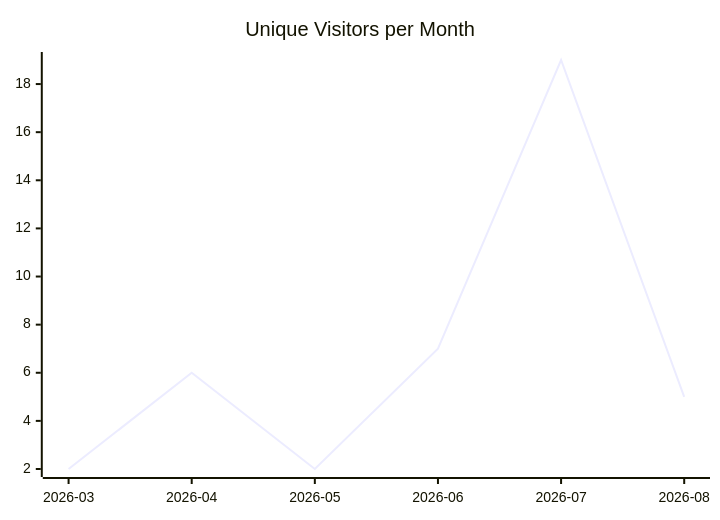
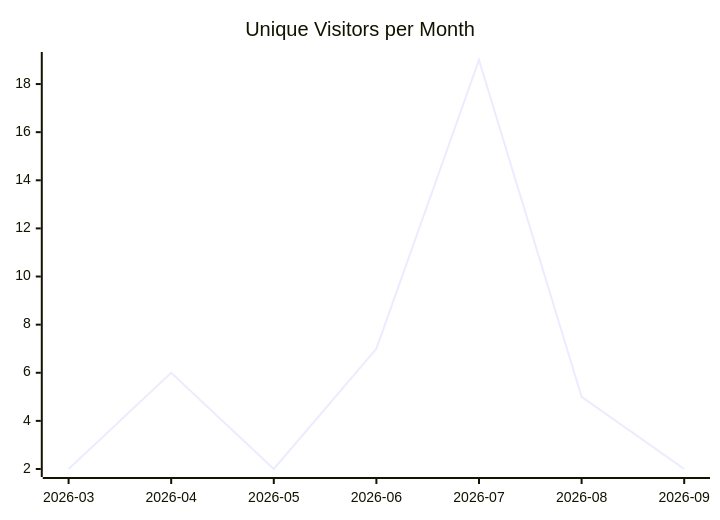
The first of 3 diagrams in karlmdavis/fhir-benchmarks/README.md (justdavis-family/github-analytics-data), drawn with Mermaid before and after one commit. The commit also changed other lines of this file and 191 other files, not shown here.

````diff
--- a/karlmdavis/fhir-benchmarks/README.md
+++ b/karlmdavis/fhir-benchmarks/README.md
@@ -5,6 +5,6 @@
 ```mermaid
 xychart-beta
   title "Unique Visitors per Month"
-  x-axis ["2026-03", "2026-04", "2026-05", "2026-06", "2026-07", "2026-08"]
-  line [2, 6, 2, 7, 19, 5]
+  x-axis ["2026-03", "2026-04", "2026-05", "2026-06", "2026-07", "2026-08", "2026-09"]
+  line [2, 6, 2, 7, 19, 5, 2]
 ```
````
